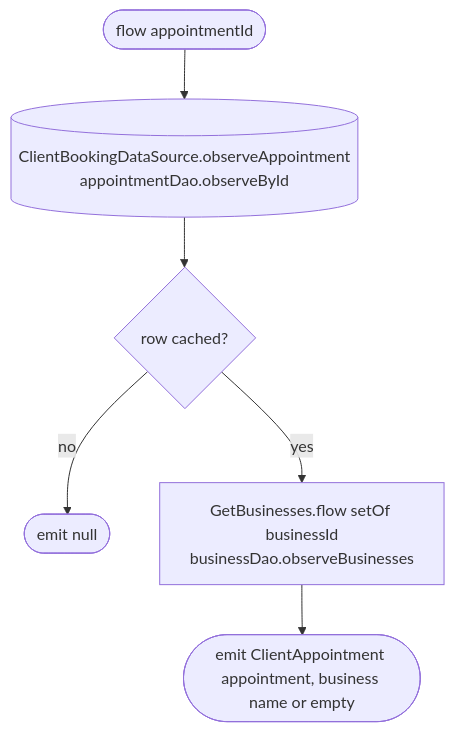
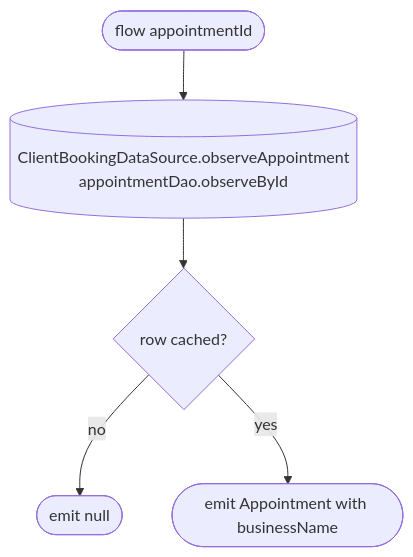
One commit to nocturneproperties/bookkme-client changed the diagram in docs/operations/appointments/get-client-appointment.md. Above: the diagram before and after it, drawn with Mermaid. The commit also changed other lines of this file and 107 other files, not shown here.

````diff
--- a/docs/operations/appointments/get-client-appointment.md
+++ b/docs/operations/appointments/get-client-appointment.md
@@ -17,8 +16,7 @@
 ```mermaid
 flowchart TD
     Start([flow appointmentId]) --> Dao[(ClientBookingDataSource.observeAppointment<br/>appointmentDao.observeById)]
     Dao --> Cached{row cached?}
     Cached -- no --> Null([emit null])
-    Cached -- yes --> Biz[GetBusinesses.flow setOf businessId<br/>businessDao.observeBusinesses]
-    Biz --> Emit([emit ClientAppointment appointment, business name or empty])
+    Cached -- yes --> Emit([emit Appointment with businessName])
 ```
````
